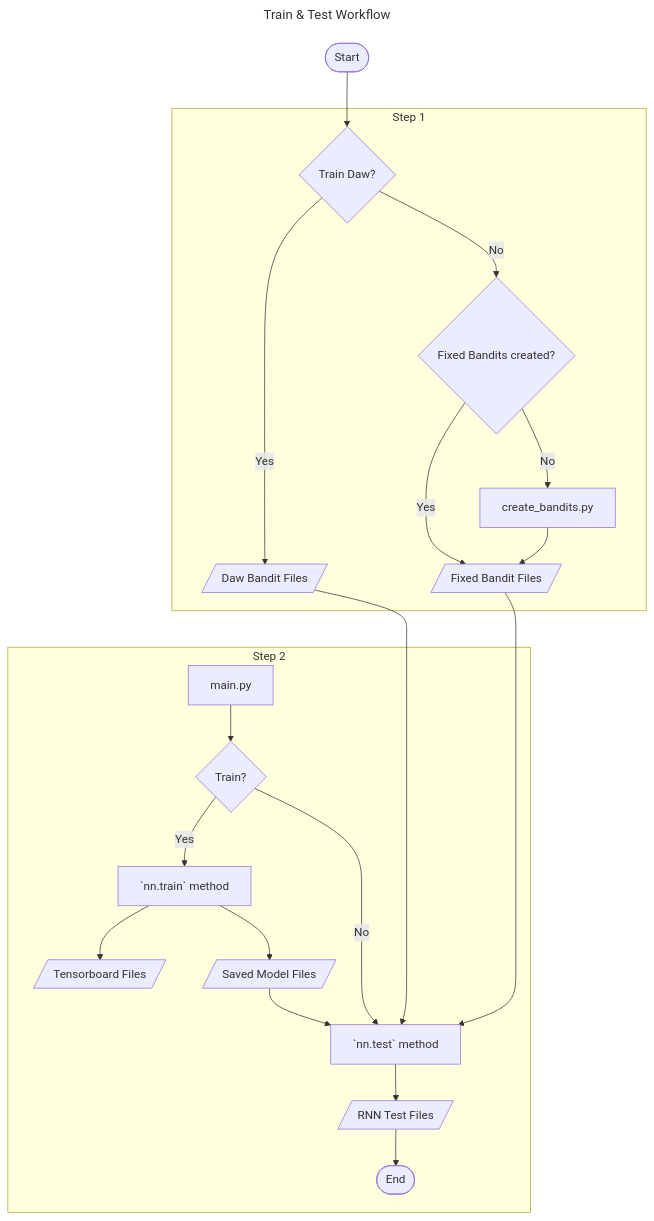
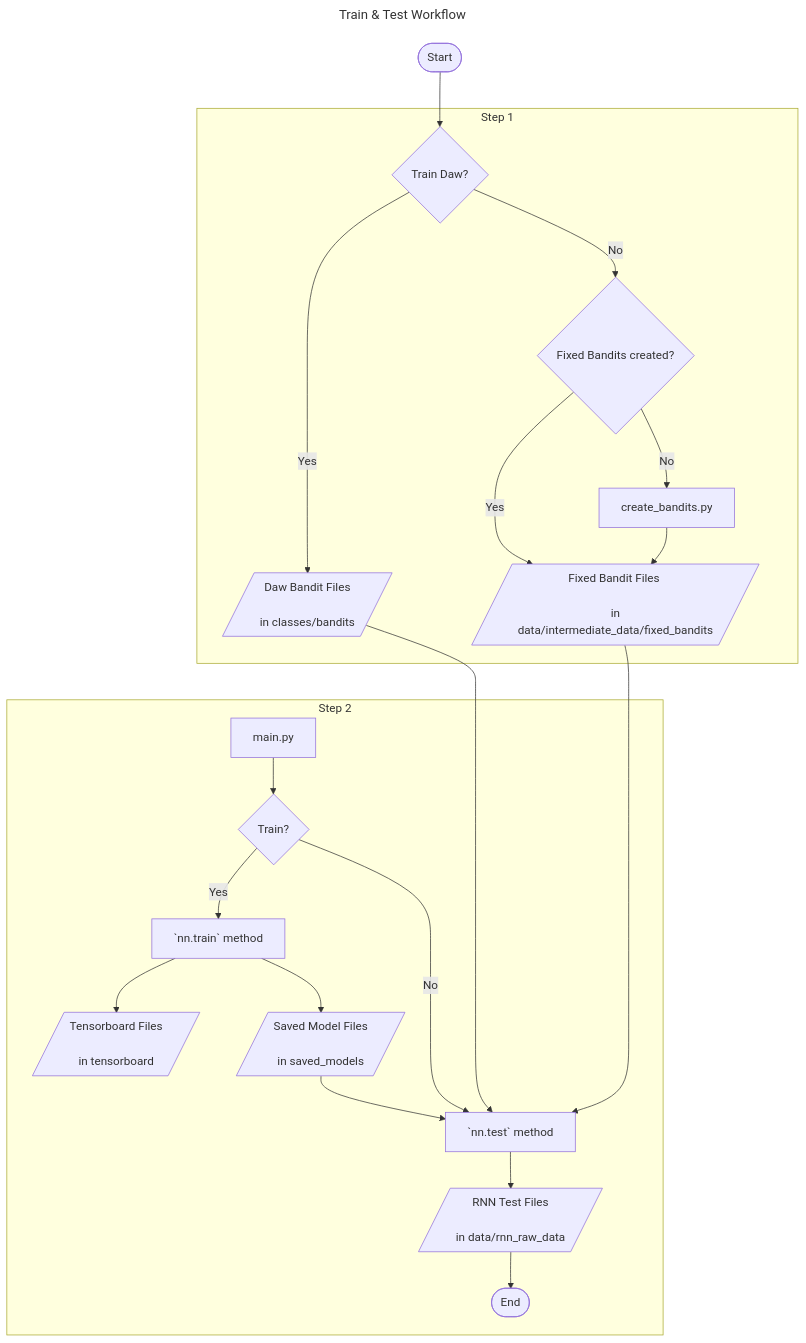
One commit to deniztu/p2_volatility changed the diagram in doc/how_to_guides.md. Above: the diagram before and after it, drawn with Mermaid.

````diff
--- a/doc/how_to_guides.md
+++ b/doc/how_to_guides.md
@@ -3,35 +3,35 @@
 ```mermaid
 ---
 title: Train & Test Workflow
 ---
 flowchart TB
 
 A([Start]) --> B
 
 
 subgraph "Step 1"
-B{Train Daw?} --> |Yes| C[/Daw Bandit Files/]
+B{Train Daw?} --> |Yes| C[/Daw Bandit Files <br/> <br/> in classes/bandits/]
 B --> |No| D{Fixed Bandits created?}
-D --> |Yes| E[/Fixed Bandit Files/]
+D --> |Yes| E[/Fixed Bandit Files <br/> <br/> in data/intermediate_data/fixed_bandits/]
 D --> |No| F[create_bandits.py]
 F --> E
 end
 
 
 
 subgraph "Step 2"
 C ~~~ G[main.py]
 E ~~~ G
 G --> H{Train?}
 H --> |Yes| I[`nn.train` method]
-I --> J[/Tensorboard Files/]
-I --> K[/Saved Model Files/]
+I --> J[/Tensorboard Files <br/> <br/> in tensorboard /]
+I --> K[/Saved Model Files <br/> <br/> in saved_models /]
 H --> |No| L[`nn.test` method]
 K --> L
 C --> L
 E --> L 
-L --> M[/RNN Test Files/]
+L --> M[/RNN Test Files  <br/> <br/> in data/rnn_raw_data /]
 M --> O([End])
 end
 
 ```
````
